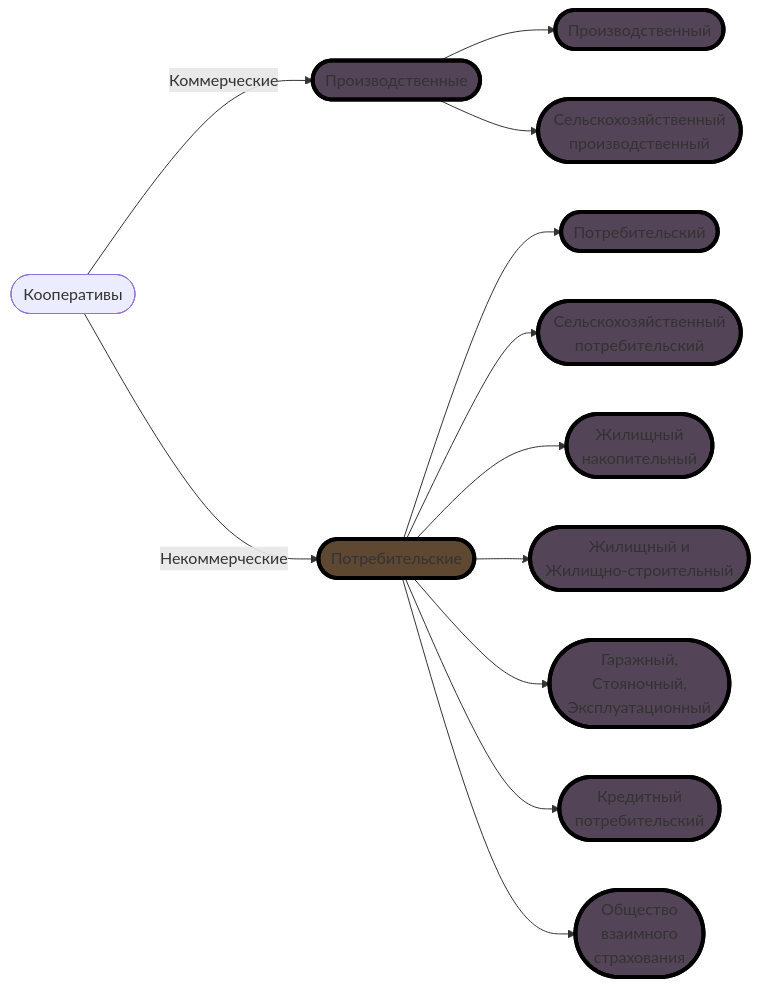
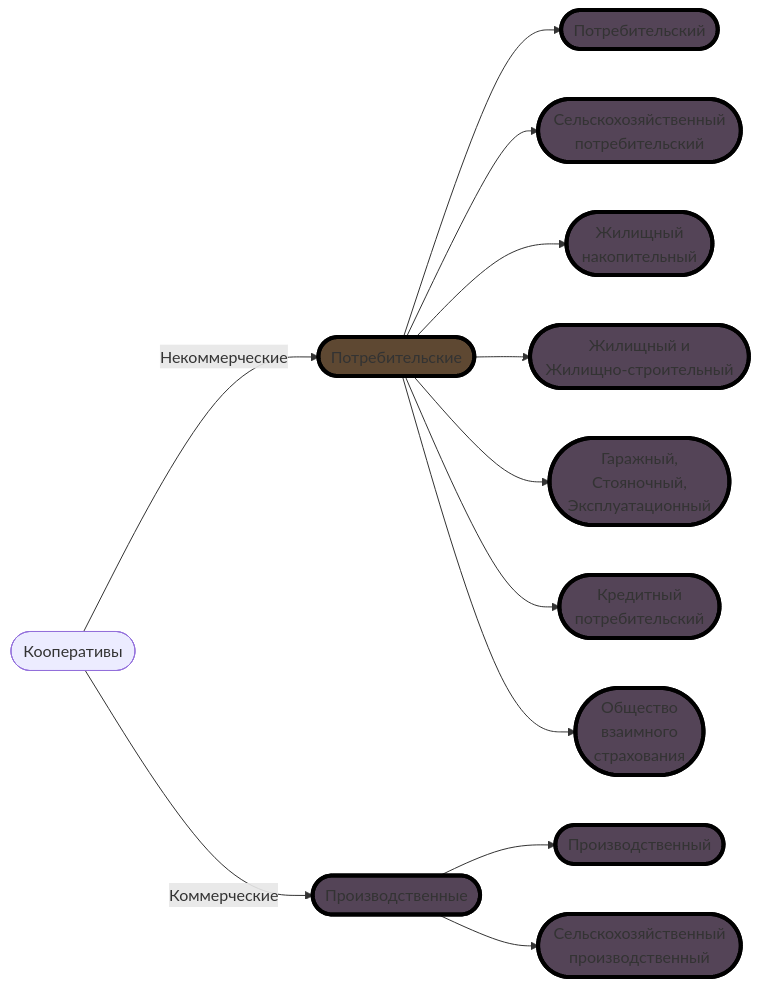
Before and after one commit to ufrs12/Coops: the diagram in README.md, drawn with Mermaid. The commit also changed other lines of this file, not shown here.

````diff
--- a/README.md
+++ b/README.md
@@ -7,47 +7,47 @@
 ```mermaid
 graph LR;
 classDef class1 fill:#544457, stroke:#000, stroke-width:4px
 classDef class2 fill:#32465e, stroke:#000, stroke-width:4px
 classDef class3 fill:#455744, stroke:#000, stroke-width:4px
 classDef class4 fill:#5e4832, stroke:#000, stroke-width:4px
 classDef class5 fill:#5e3332, stroke:#000, stroke-width:4px
 
    
     A([Кооперативы])
     B([Производственные]):::class1
     C([Потребительские]):::class4
     D([Производственный]):::class1
     E([Сельскохозяйственный
       производственный]):::class1
     F([Потребительский]):::class1
     G([Сельскохозяйственный
          потребительский]):::class1
     H([Жилищный
          накопительный]):::class1
     I([Жилищный и
          Жилищно-строительный]):::class1
     J([Гаражный,
          Стояночный,
          Эксплуатационный]):::class1
     K([Кредитный
          потребительский]):::class1
     L([Общество
          взаимного
          страхования]):::class1
 
+    A-->|Некоммерческие|C;
     A-->|Коммерческие| B;
-    A-->|Некоммерческие|C;
     B-->D;
     B-->E;
     C-->F;
     C-->G;
     C-->H;
     C-->I;
     C-->J;
     C-->K;
     C-->L;
    click B "https://www.zakonrf.info/gk/106.1/";
    click C "https://www.zakonrf.info/gk/123.2/";
    click D "https://www.zakonrf.info/doc-15088991/";
    click E "https://www.zakonrf.info/doc-13529718/";
 ```
````
